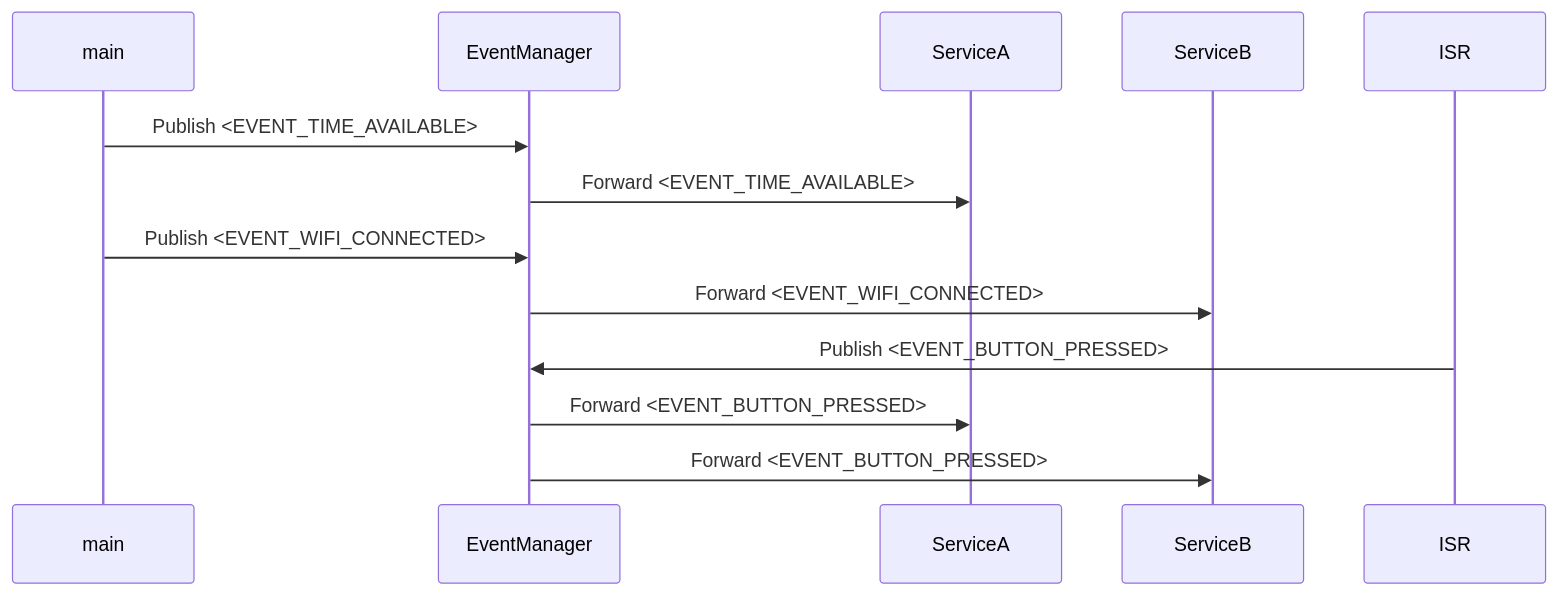
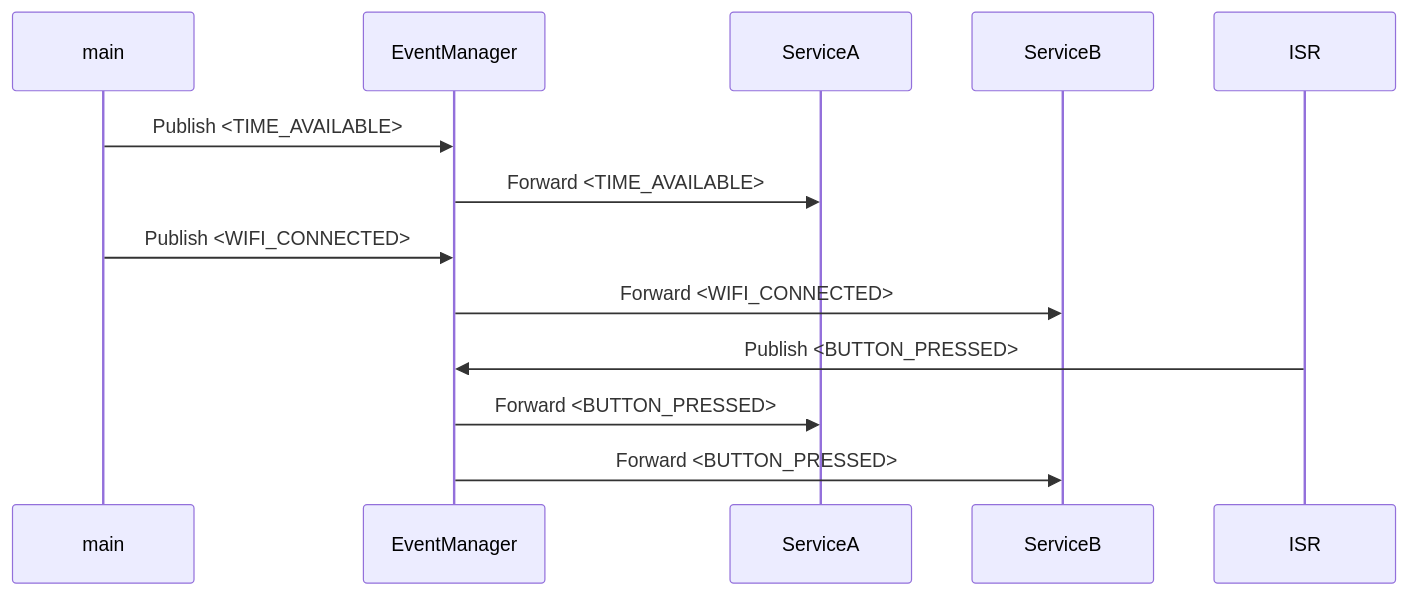
One commit to kaizoku-oh/rtos-event-manager changed the diagram in examples/basic/README.md. Above: the diagram before and after it, drawn with Mermaid. The commit also changed 18 other files, not shown here.

````diff
--- a/examples/basic/README.md
+++ b/examples/basic/README.md
@@ -5,18 +5,18 @@
 ```mermaid
 sequenceDiagram
     participant Object1 as main
     participant EventManager as EventManager
     participant Object2 as ServiceA
     participant Object3 as ServiceB
     participant Object4 as ISR
 
-    Object1->>EventManager: Publish <EVENT_TIME_AVAILABLE>
-    EventManager->>Object2: Forward <EVENT_TIME_AVAILABLE>
+    Object1->>EventManager: Publish <TIME_AVAILABLE>
+    EventManager->>Object2: Forward <TIME_AVAILABLE>
 
-    Object1->>EventManager: Publish <EVENT_WIFI_CONNECTED>
-    EventManager->>Object3: Forward <EVENT_WIFI_CONNECTED>
+    Object1->>EventManager: Publish <WIFI_CONNECTED>
+    EventManager->>Object3: Forward <WIFI_CONNECTED>
 
-    Object4->>EventManager: Publish <EVENT_BUTTON_PRESSED>
-    EventManager->>Object2: Forward <EVENT_BUTTON_PRESSED>
-    EventManager->>Object3: Forward <EVENT_BUTTON_PRESSED>
+    Object4->>EventManager: Publish <BUTTON_PRESSED>
+    EventManager->>Object2: Forward <BUTTON_PRESSED>
+    EventManager->>Object3: Forward <BUTTON_PRESSED>
 ```
````
